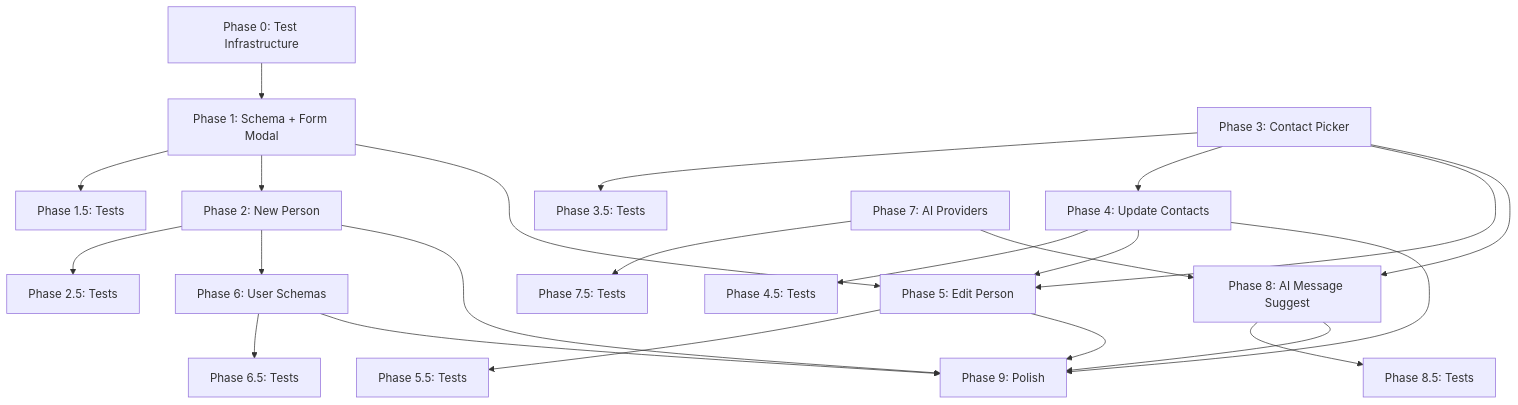
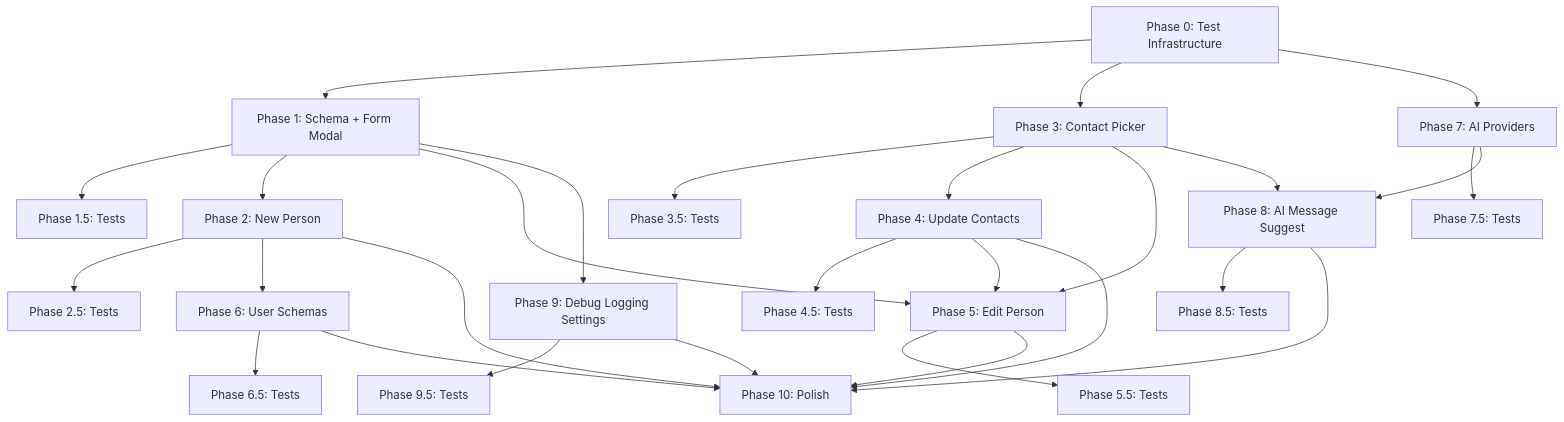
The diagram in docs/UX Overhaul - Implementation Plan.md (thuban87/Orbit), drawn with Mermaid before and after one commit. The commit also changed other lines of this file and 1 other file, not shown here.

````diff
--- a/docs/UX Overhaul - Implementation Plan.md
+++ b/docs/UX Overhaul - Implementation Plan.md
@@ -848,25 +1187,30 @@
 ```mermaid
 graph TD
     P0["Phase 0: Test Infrastructure"] --> P1["Phase 1: Schema + Form Modal"]
     P1 --> P1T["Phase 1.5: Tests"]
     P1 --> P2["Phase 2: New Person"]
     P2 --> P2T["Phase 2.5: Tests"]
     P1 --> P5["Phase 5: Edit Person"]
     P2 --> P6["Phase 6: User Schemas"]
     P6 --> P6T["Phase 6.5: Tests"]
-    P3["Phase 3: Contact Picker"] --> P3T["Phase 3.5: Tests"]
+    P0 --> P3["Phase 3: Contact Picker"]
+    P3 --> P3T["Phase 3.5: Tests"]
     P3 --> P4["Phase 4: Update Contacts"]
     P4 --> P4T["Phase 4.5: Tests"]
     P3 --> P5
     P3 --> P8["Phase 8: AI Message Suggest"]
     P4 --> P5
     P5 --> P5T["Phase 5.5: Tests"]
-    P7["Phase 7: AI Providers"] --> P7T["Phase 7.5: Tests"]
+    P0 --> P7["Phase 7: AI Providers"]
+    P7 --> P7T["Phase 7.5: Tests"]
     P7 --> P8
     P8 --> P8T["Phase 8.5: Tests"]
-    P2 --> P9["Phase 9: Polish"]
-    P4 --> P9
-    P5 --> P9
-    P6 --> P9
-    P8 --> P9
+    P1 --> P9["Phase 9: Debug Logging Settings"]
+    P9 --> P9T["Phase 9.5: Tests"]
+    P2 --> P10["Phase 10: Polish"]
+    P4 --> P10
+    P5 --> P10
+    P6 --> P10
+    P8 --> P10
+    P9 --> P10
 ```
````
